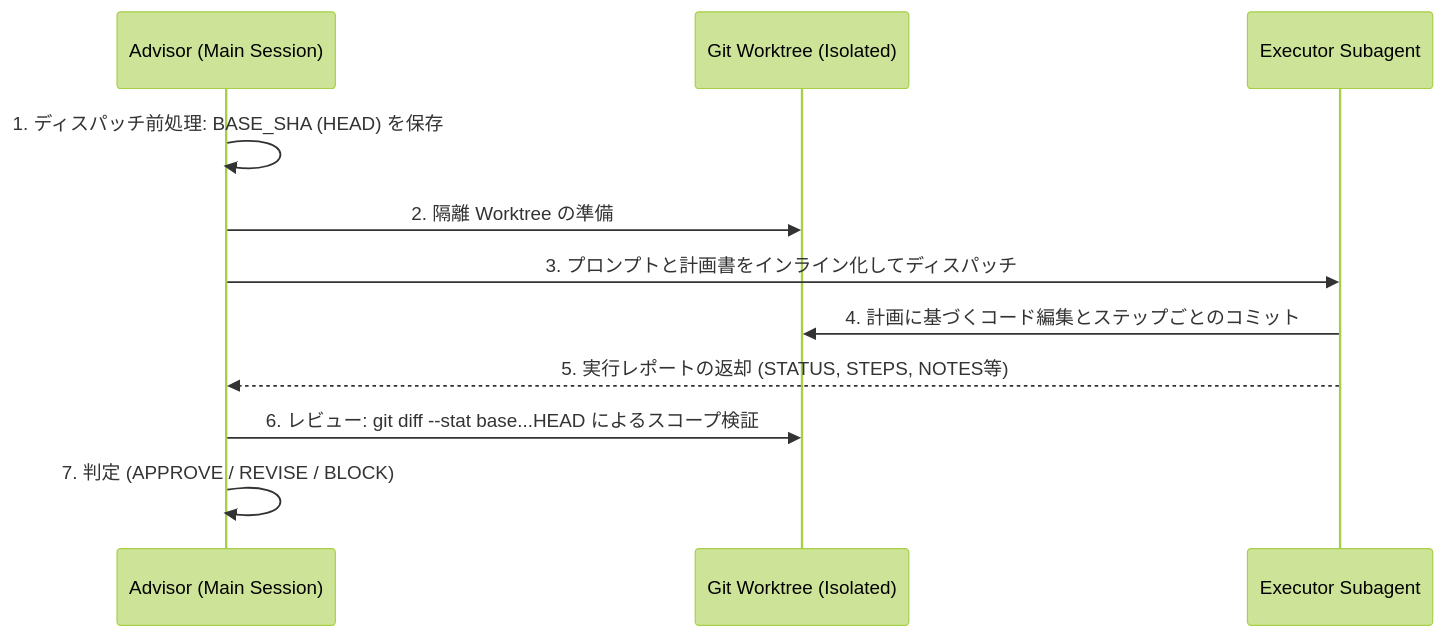
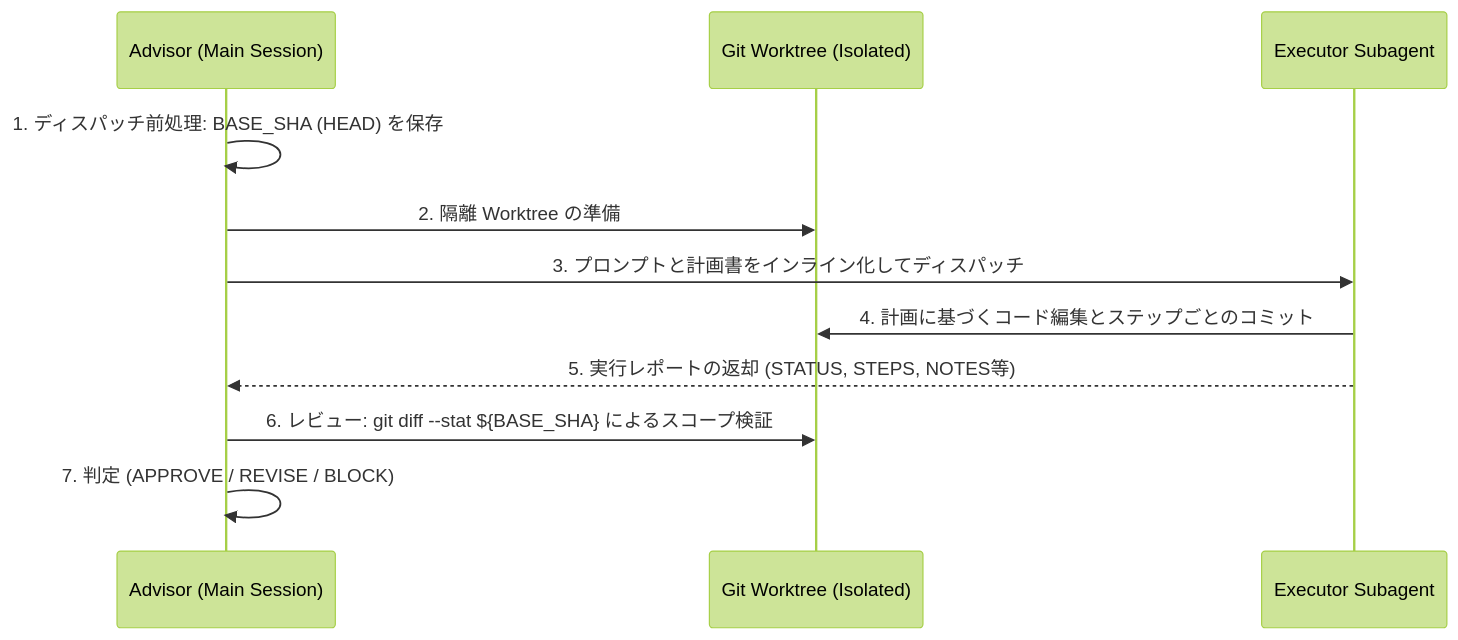
The diagram in .agents/skills/improve/references/closing-the-loop.md (myoshi2891/Software-Design-and-Architecture), drawn with Mermaid (forest theme) before and after one commit. The commit also changed other lines of this file, not shown here.

````diff
--- a/.agents/skills/improve/references/closing-the-loop.md
+++ b/.agents/skills/improve/references/closing-the-loop.md
@@ -11,14 +11,14 @@
 ```mermaid
 sequenceDiagram
     participant Advisor as Advisor (Main Session)
     participant WT as Git Worktree (Isolated)
     participant Executor as Executor Subagent
 
     Advisor->>Advisor: 1. ディスパッチ前処理: BASE_SHA (HEAD) を保存
     Advisor->>WT: 2. 隔離 Worktree の準備
     Advisor->>Executor: 3. プロンプトと計画書をインライン化してディスパッチ
     Executor->>WT: 4. 計画に基づくコード編集とステップごとのコミット
     Executor-->>Advisor: 5. 実行レポートの返却 (STATUS, STEPS, NOTES等)
-    Advisor->>WT: 6. レビュー: git diff --stat base...HEAD によるスコープ検証
+    Advisor->>WT: 6. レビュー: git diff --stat ${BASE_SHA} によるスコープ検証
     Advisor->>Advisor: 7. 判定 (APPROVE / REVISE / BLOCK)
 ```
````
